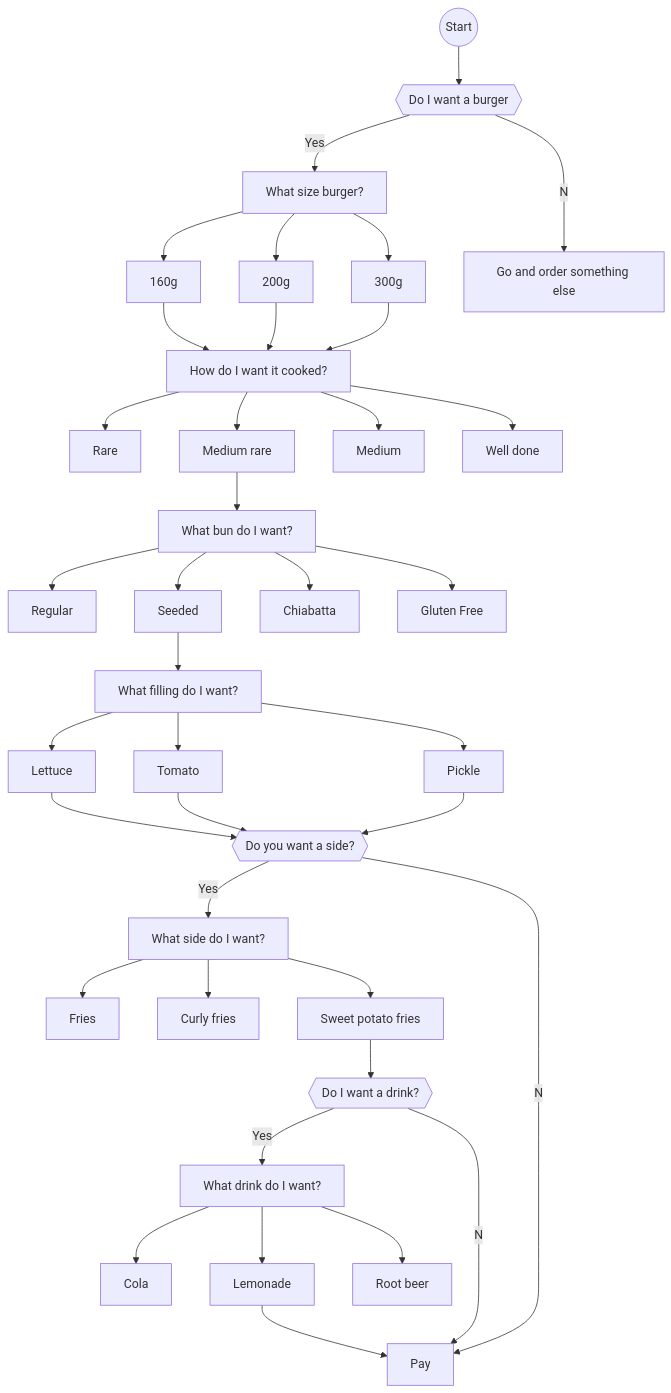
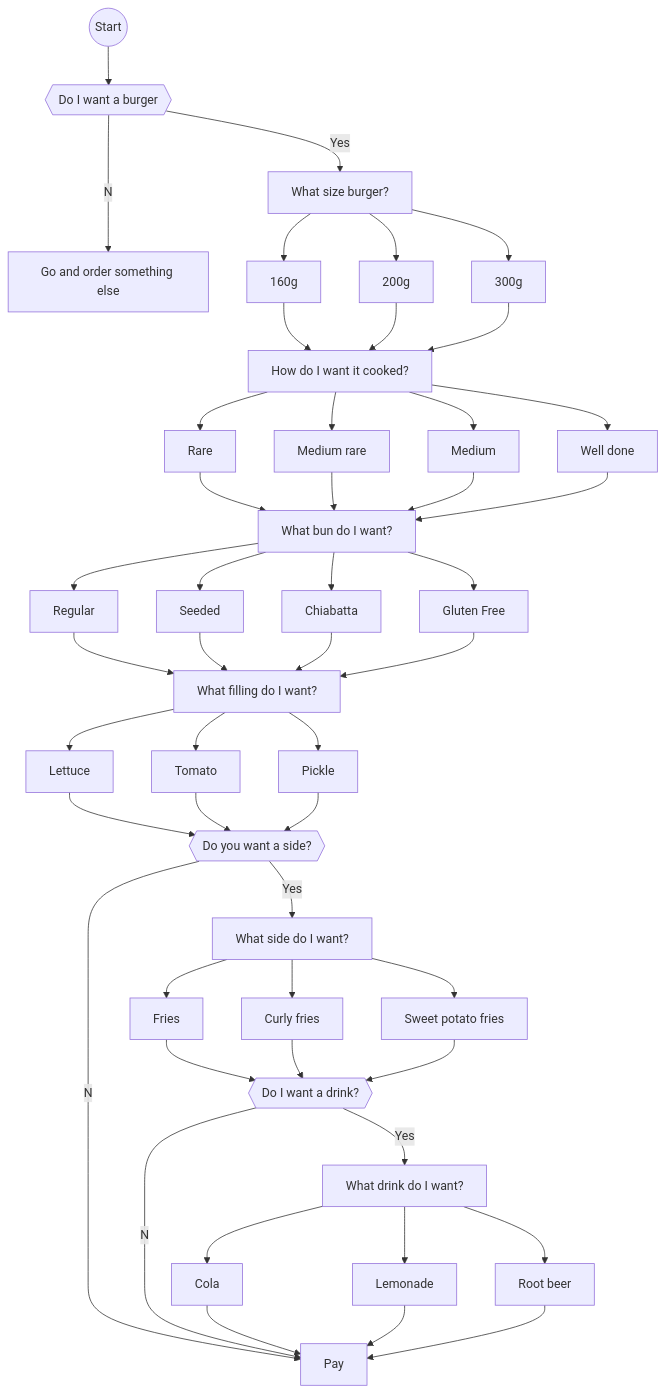
The diagram in student-work/2022/Jonathan-Kemp/api/Readme.md (yusale9/student-showcase), drawn with Mermaid before and after one commit.

````diff
--- a/student-work/2022/Jonathan-Kemp/api/Readme.md
+++ b/student-work/2022/Jonathan-Kemp/api/Readme.md
@@ -5,72 +5,82 @@
 ```mermaid
 flowchart TD
 A((Start))
 A-->B
 B{{Do I want a burger}}
 B--Yes-->C
 B--No-->D
 D[Go and order something else]
 C[What size burger?]
 C-->E
 C-->F
 C-->G
 E[160g]
 F[200g]
 G[300g]
 E-->H
 F-->H
 G-->H
 H[How do I want it cooked?]
 H-->I
 H-->J
 H-->K
 H-->L
 I[Rare]
 J[Medium rare]
 K[Medium]
 L[Well done]
+I-->M
 J-->M
+K-->M
+L-->M
 M[What bun do I want?]
 M-->N
 M-->O
 M-->P
 M-->Q
 N[Regular]
 O[Seeded]
 P[Chiabatta]
 Q[Gluten Free]
+N-->R
 O-->R
+P-->R
+Q-->R
 R[What filling do I want?]
 R-->S
 R-->T
 R-->U
 S[Lettuce]
 T[Tomato]
 U[Pickle]
 S-->V
 T-->V
 U-->V
 V{{Do you want a side?}}
 V--Yes-->X
 V--No-->AH
 X[What side do I want?]
 X-->Z
 X-->AA
 X-->AB
 Z[Fries]
 AA[Curly fries]
 AB[Sweet potato fries]
+Z-->AC
+AA-->AC
 AB-->AC
 AC{{Do I want a drink?}}
 AC--Yes-->AD
 AC--No-->AH
 AD[What drink do I want?]
 AD-->AE
 AD-->AF
 AD-->AG
 AE[Cola]
 AF[Lemonade]
 AG[Root beer]
+AE-->AH
 AF-->AH
+AG-->AH
 AH[Pay]
 ```
````
